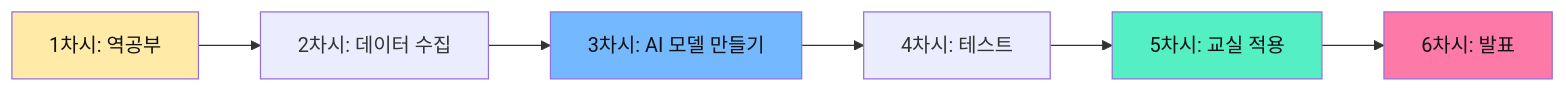
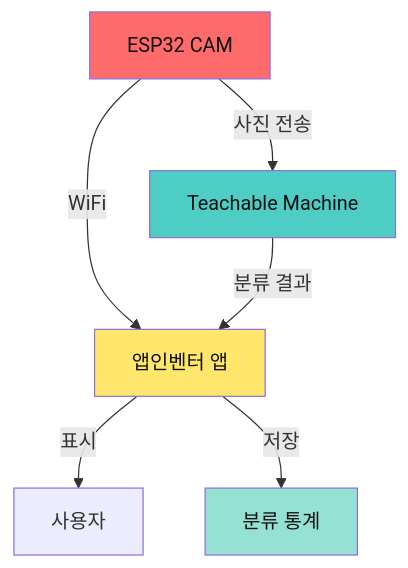
One commit to Collegenie-X/AIMakerLab_Web changed the first of 8 diagrams in documents/6차식/영종AI융합교육센터_과학중점_6차시_프로그램.md. Above: the diagram before and after it, drawn with Mermaid. The commit also changed other lines of this file and 24 other files, not shown here.

````diff
--- a/documents/6차식/영종AI융합교육센터_과학중점_6차시_프로그램.md
+++ b/documents/6차식/영종AI융합교육센터_과학중점_6차시_프로그램.md
@@ -51,13 +61,13 @@
 ```mermaid
-graph LR
-    A[1차시: 역공부] --> B[2차시: 데이터 수집]
-    B --> C[3차시: AI 모델 만들기]
-    C --> D[4차시: 테스트]
-    D --> E[5차시: 교실 적용]
-    E --> F[6차시: 발표]
+graph TD
+    A[ESP32 CAM] -->|WiFi| B[앱인벤터 앱]
+    A -->|사진 전송| C[Teachable Machine]
+    C -->|분류 결과| B
+    B -->|표시| D[사용자]
+    B -->|저장| E[분류 통계]
     
-    style A fill:#ffeaa7,color:#111
-    style C fill:#74b9ff,color:#111
-    style E fill:#55efc4,color:#111
-    style F fill:#fd79a8,color:#111
+    style A fill:#ff6b6b,color:#111
+    style C fill:#4ecdc4,color:#111
+    style B fill:#ffe66d,color:#111
+    style E fill:#95e1d3,color:#111
 ```
````
